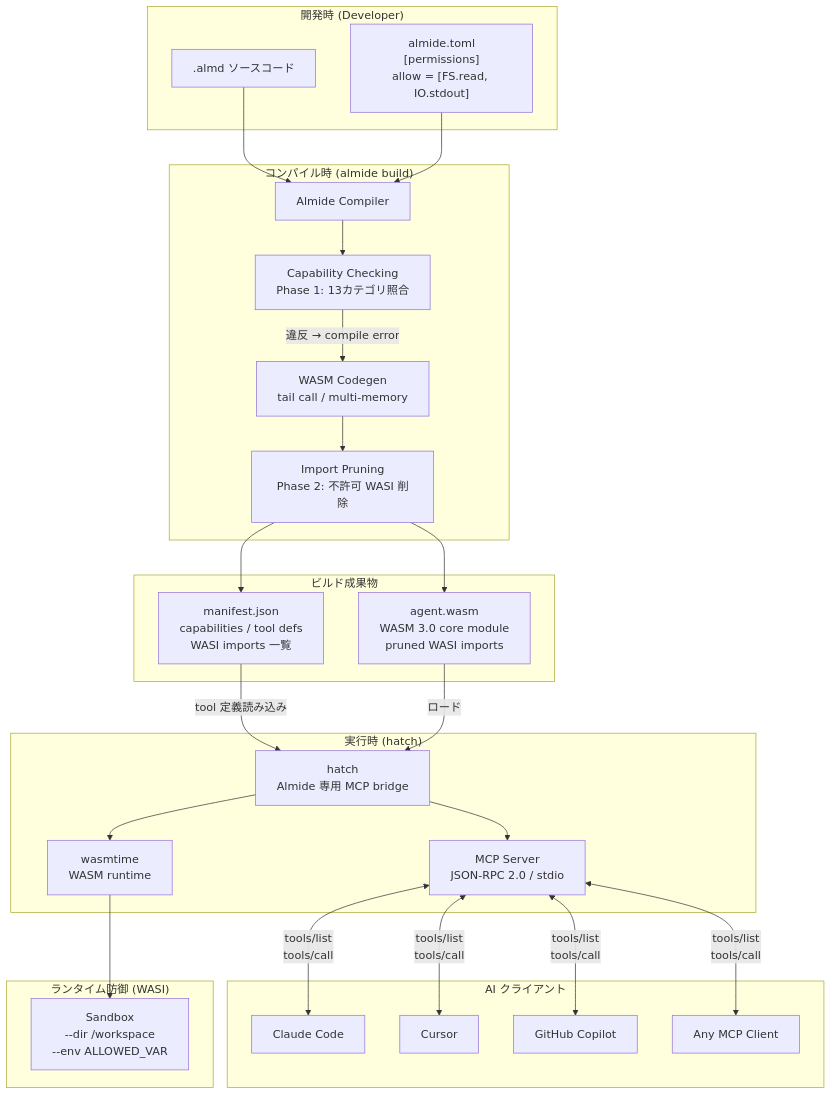
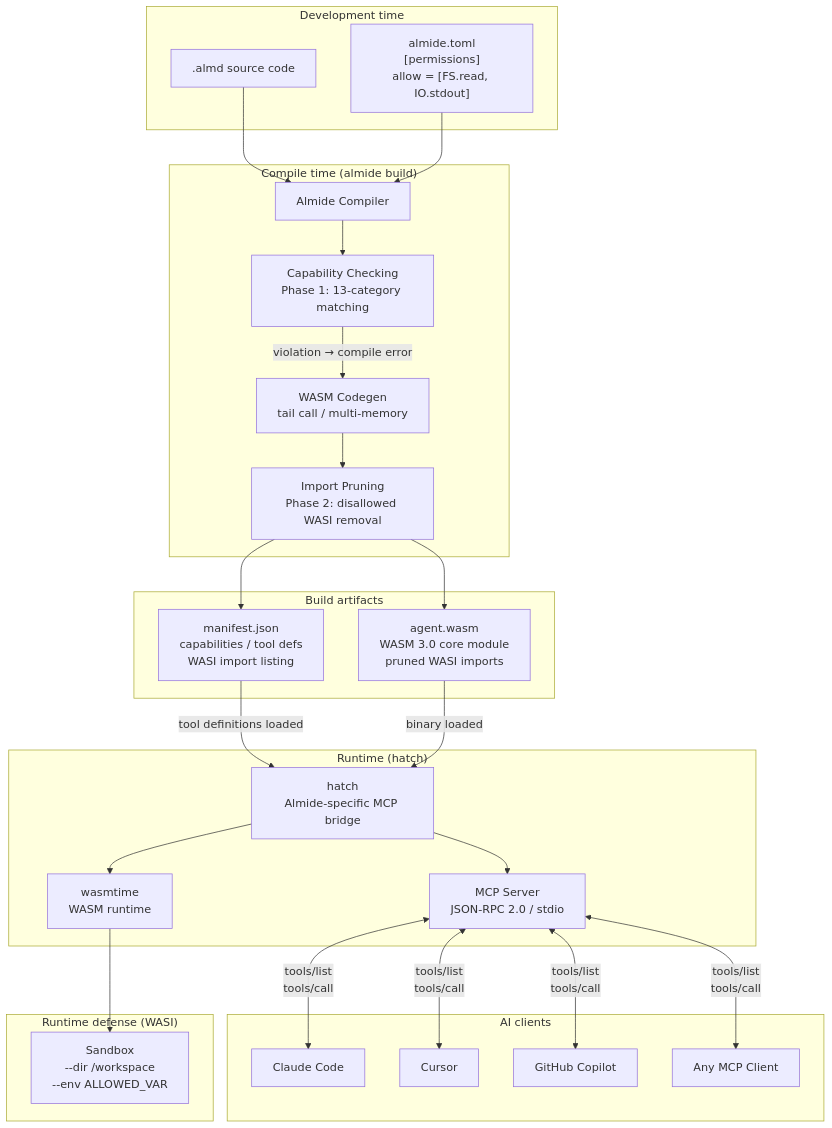
Before and after one commit to almide/almide: the fourth of 8 diagrams in docs/wasm/agent-container.md, drawn with Mermaid. The commit also changed other lines of this file and 5 other files, not shown here.

````diff
--- a/docs/wasm/agent-container.md
+++ b/docs/wasm/agent-container.md
@@ -144,55 +922,55 @@
 ```mermaid
 graph TB
-    subgraph "開発時 (Developer)"
-        SRC[".almd ソースコード"]
+    subgraph "Development time"
+        SRC[".almd source code"]
         TOML["almide.toml<br/>[permissions]<br/>allow = [FS.read, IO.stdout]"]
     end
 
-    subgraph "コンパイル時 (almide build)"
+    subgraph "Compile time (almide build)"
         COMPILER["Almide Compiler"]
-        CAP_CHECK["Capability Checking<br/>Phase 1: 13カテゴリ照合"]
+        CAP_CHECK["Capability Checking<br/>Phase 1: 13-category matching"]
         CODEGEN["WASM Codegen<br/>tail call / multi-memory"]
-        PRUNE["Import Pruning<br/>Phase 2: 不許可 WASI 削除"]
+        PRUNE["Import Pruning<br/>Phase 2: disallowed WASI removal"]
     end
 
-    subgraph "ビルド成果物"
+    subgraph "Build artifacts"
         WASM["agent.wasm<br/>WASM 3.0 core module<br/>pruned WASI imports"]
-        MANIFEST["manifest.json<br/>capabilities / tool defs<br/>WASI imports 一覧"]
+        MANIFEST["manifest.json<br/>capabilities / tool defs<br/>WASI import listing"]
     end
 
-    subgraph "実行時 (hatch)"
-        HATCH["hatch<br/>Almide 専用 MCP bridge"]
+    subgraph "Runtime (hatch)"
+        HATCH["hatch<br/>Almide-specific MCP bridge"]
         WASMTIME["wasmtime<br/>WASM runtime"]
         MCP_SERVER["MCP Server<br/>JSON-RPC 2.0 / stdio"]
     end
 
-    subgraph "AI クライアント"
+    subgraph "AI clients"
         CLAUDE["Claude Code"]
         CURSOR["Cursor"]
         COPILOT["GitHub Copilot"]
         CUSTOM["Any MCP Client"]
     end
 
-    subgraph "ランタイム防御 (WASI)"
+    subgraph "Runtime defense (WASI)"
         SANDBOX["Sandbox<br/>--dir /workspace<br/>--env ALLOWED_VAR"]
     end
 
     SRC --> COMPILER
     TOML --> COMPILER
     COMPILER --> CAP_CHECK
-    CAP_CHECK -->|"違反 → compile error"| CODEGEN
+    CAP_CHECK -->|"violation → compile error"| CODEGEN
     CODEGEN --> PRUNE
     PRUNE --> WASM
     PRUNE --> MANIFEST
 
-    MANIFEST -->|"tool 定義読み込み"| HATCH
-    WASM -->|"ロード"| HATCH
+    MANIFEST -->|"tool definitions loaded"| HATCH
+    WASM -->|"binary loaded"| HATCH
     HATCH --> WASMTIME
     HATCH --> MCP_SERVER
     WASMTIME --> SANDBOX
 
     MCP_SERVER <-->|"tools/list<br/>tools/call"| CLAUDE
     MCP_SERVER <-->|"tools/list<br/>tools/call"| CURSOR
     MCP_SERVER <-->|"tools/list<br/>tools/call"| COPILOT
     MCP_SERVER <-->|"tools/list<br/>tools/call"| CUSTOM
 ```
````
